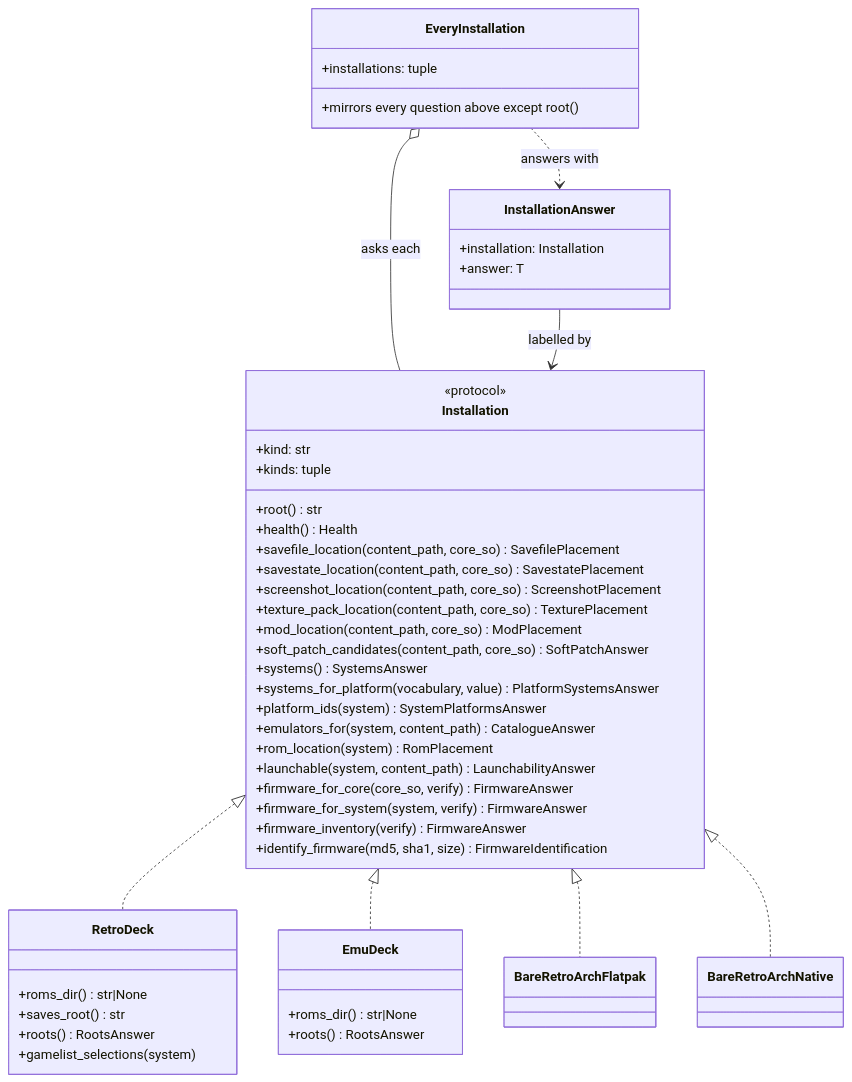
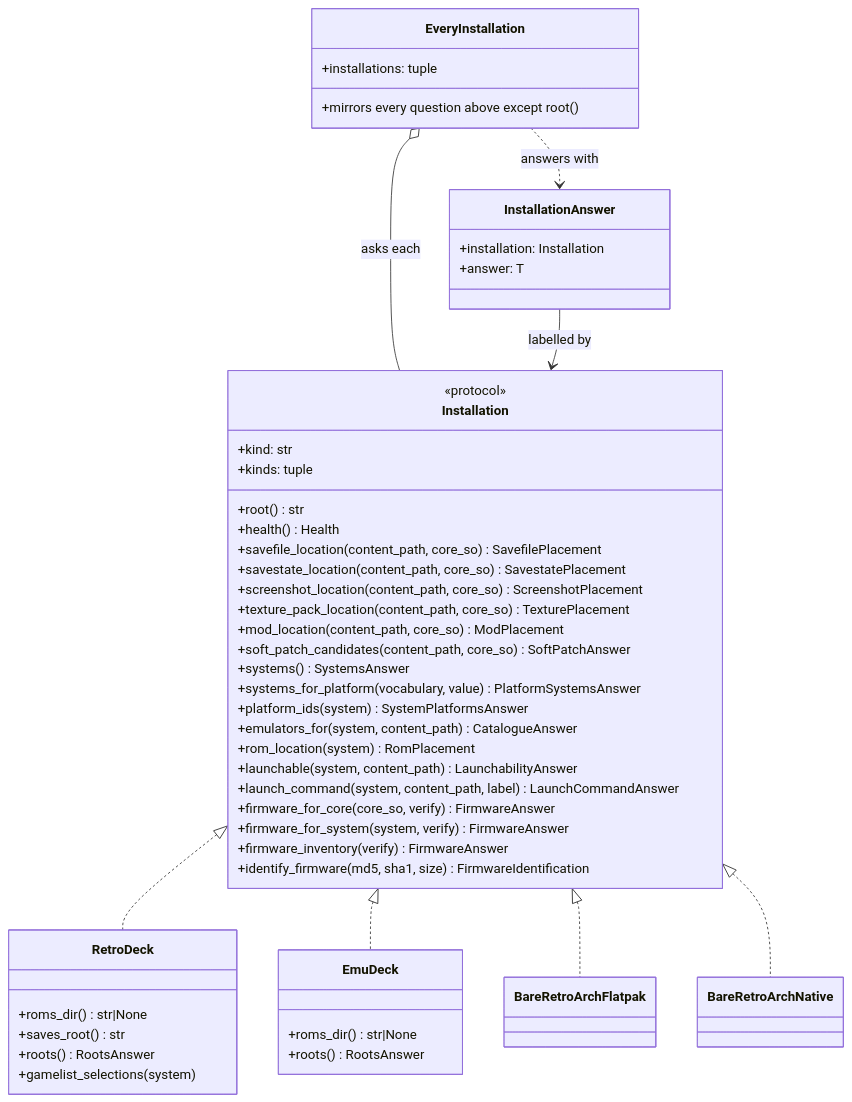
The second of 3 diagrams in docs/architecture.md (danielcopper/emu-atlas), drawn with Mermaid before and after one commit. The commit also changed 24 other files, not shown here.

````diff
--- a/docs/architecture.md
+++ b/docs/architecture.md
@@ -60,54 +60,55 @@
 ```mermaid
 classDiagram
     class Installation {
         <<protocol>>
         +kind: str
         +kinds: tuple
         +root() str
         +health() Health
         +savefile_location(content_path, core_so) SavefilePlacement
         +savestate_location(content_path, core_so) SavestatePlacement
         +screenshot_location(content_path, core_so) ScreenshotPlacement
         +texture_pack_location(content_path, core_so) TexturePlacement
         +mod_location(content_path, core_so) ModPlacement
         +soft_patch_candidates(content_path, core_so) SoftPatchAnswer
         +systems() SystemsAnswer
         +systems_for_platform(vocabulary, value) PlatformSystemsAnswer
         +platform_ids(system) SystemPlatformsAnswer
         +emulators_for(system, content_path) CatalogueAnswer
         +rom_location(system) RomPlacement
         +launchable(system, content_path) LaunchabilityAnswer
+        +launch_command(system, content_path, label) LaunchCommandAnswer
         +firmware_for_core(core_so, verify) FirmwareAnswer
         +firmware_for_system(system, verify) FirmwareAnswer
         +firmware_inventory(verify) FirmwareAnswer
         +identify_firmware(md5, sha1, size) FirmwareIdentification
     }
     class RetroDeck {
         +roms_dir() str|None
         +saves_root() str
         +roots() RootsAnswer
         +gamelist_selections(system)
     }
     class EmuDeck {
         +roms_dir() str|None
         +roots() RootsAnswer
     }
     class BareRetroArchFlatpak
     class BareRetroArchNative
     class EveryInstallation {
         +installations: tuple
         +mirrors every question above except root()
     }
     class InstallationAnswer {
         +installation: Installation
         +answer: T
     }
 
     Installation <|.. RetroDeck
     Installation <|.. EmuDeck
     Installation <|.. BareRetroArchFlatpak
     Installation <|.. BareRetroArchNative
     EveryInstallation o-- Installation : asks each
     EveryInstallation ..> InstallationAnswer : answers with
     InstallationAnswer --> Installation : labelled by
 ```
````
